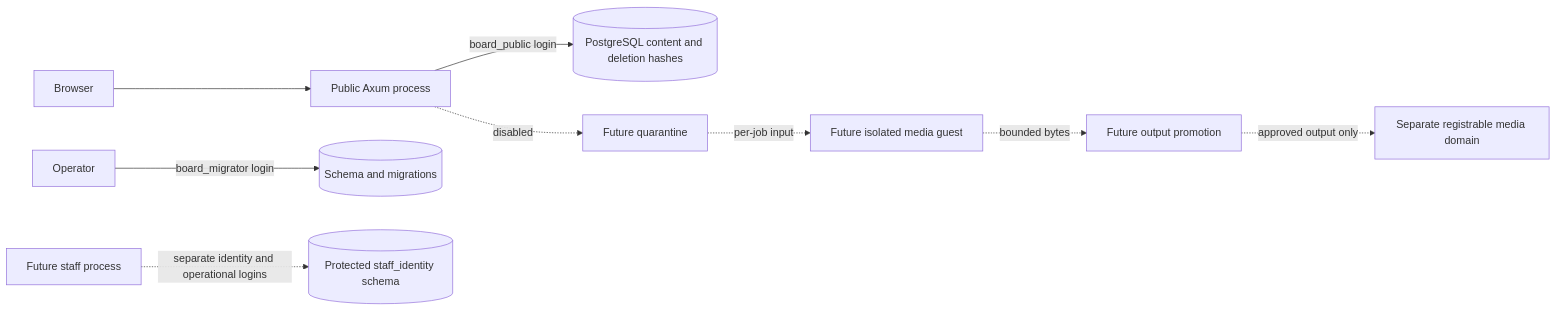
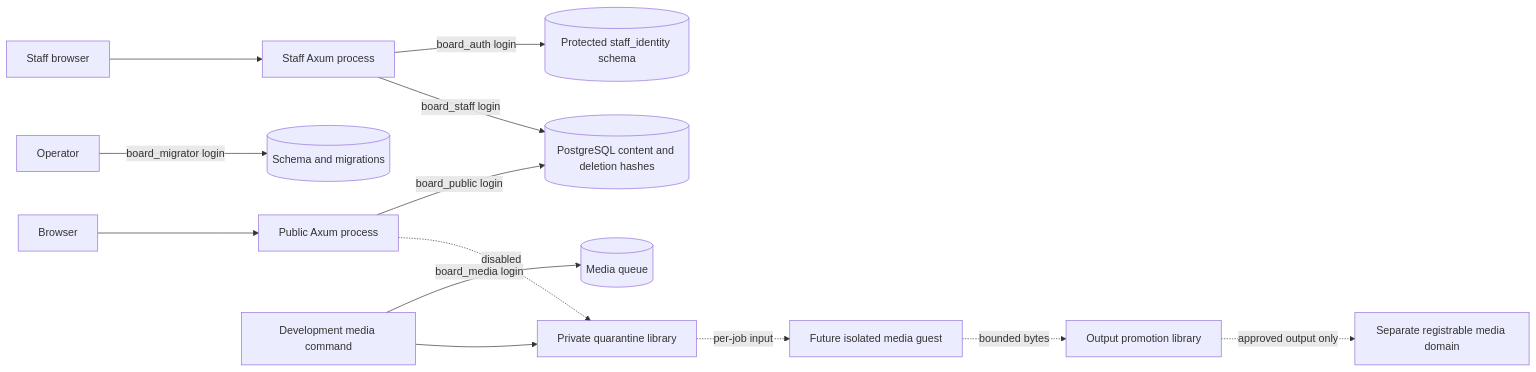
Before and after one commit to frankischilling/26chan: the diagram in docs/architecture.md, drawn with Mermaid. The commit also changed other lines of this file and 35 other files, not shown here.

Commit message:
Integrate bounded media jobs and privileged runtime verification

````diff
--- a/docs/architecture.md
+++ b/docs/architecture.md
@@ -5,11 +5,15 @@
 ```mermaid
 flowchart LR
   Browser --> Public[Public Axum process]
   Public -->|board_public login| Content[(PostgreSQL content and deletion hashes)]
   Operator -->|board_migrator login| DB[(Schema and migrations)]
-  Staff[Future staff process] -. separate identity and operational logins .-> Identity[(Protected staff_identity schema)]
-  Public -. disabled .-> Quarantine[Future quarantine]
+  StaffBrowser[Staff browser] --> Staff[Staff Axum process]
+  Staff -->|board_auth login| Identity[(Protected staff_identity schema)]
+  Staff -->|board_staff login| Content
+  Intake[Development media command] -->|board_media login| Queue[(Media queue)]
+  Intake --> Quarantine[Private quarantine library]
+  Public -. disabled .-> Quarantine
   Quarantine -. per-job input .-> Worker[Future isolated media guest]
-  Worker -. bounded bytes .-> Promotion[Future output promotion]
+  Worker -. bounded bytes .-> Promotion[Output promotion library]
   Promotion -. approved output only .-> Media[Separate registrable media domain]
 ```
````
